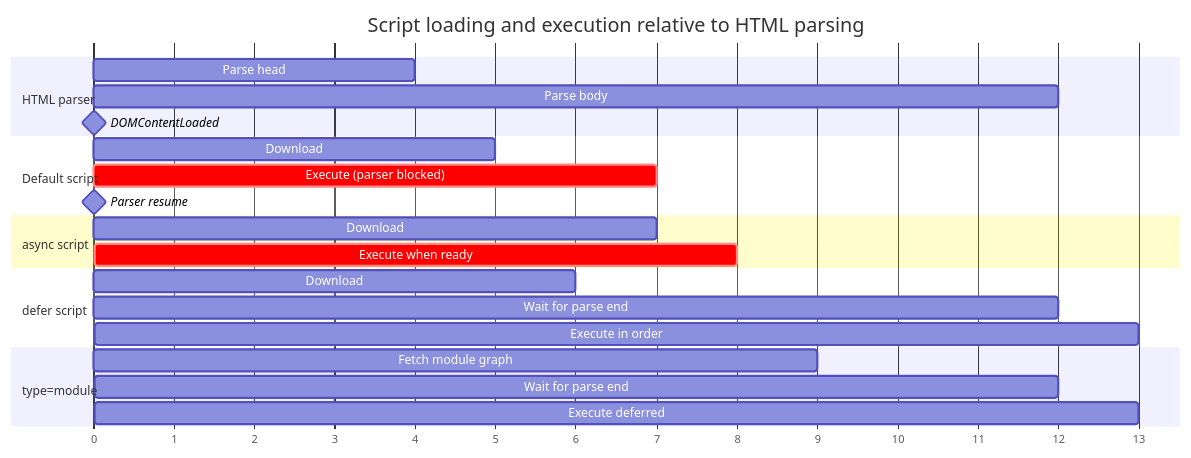
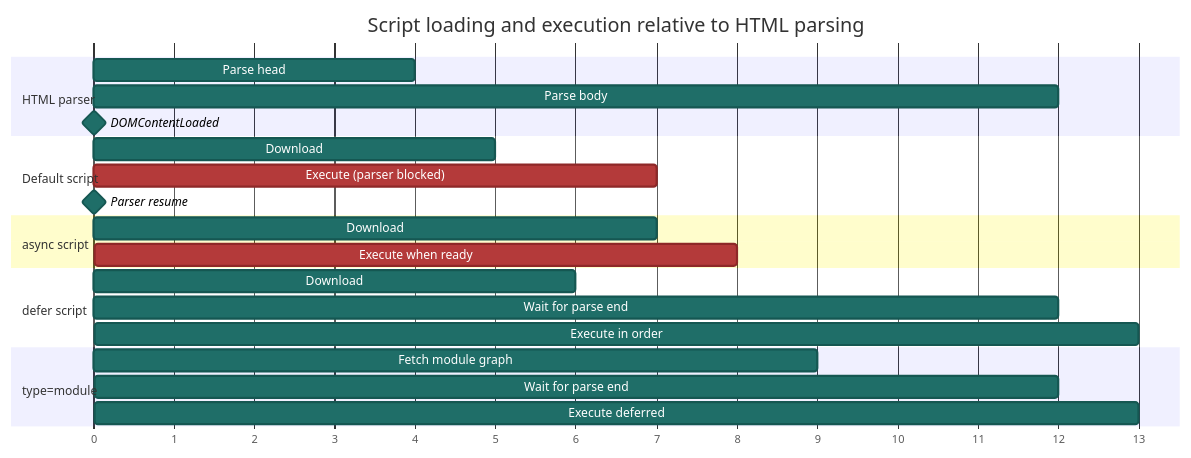
Before and after one commit to sujeet-pro/sujeet.pro: the diagram in content/articles/crp-dom-construction/diagrams/defer-async-module-timeline.mermaid, drawn with Mermaid. The commit also changed 2813 other files, not shown here.

First line of the commit message:
feat: adopt pagesmith 0.11 + diagramkit 0.4 — upstream feed/sitemap/validators, optimized re-render, contrast gate ON

```diff
--- a/content/articles/crp-dom-construction/diagrams/defer-async-module-timeline.mermaid
+++ b/content/articles/crp-dom-construction/diagrams/defer-async-module-timeline.mermaid
@@ -1,31 +1,31 @@
 %% Diagram: defer vs async vs module execution timing relative to HTML parsing
 %% Type: gantt
-%%{init: {'htmlLabels': false}}%%
+%%{init: {'htmlLabels': false, 'themeVariables': {'taskBkgColor': '#1F6E68', 'taskBorderColor': '#155752', 'taskTextColor': '#ffffff', 'critBkgColor': '#B43A3A', 'critBorderColor': '#8E2828'}}}%%
 gantt
     title Script loading and execution relative to HTML parsing
     dateFormat X
     axisFormat %s
 
     section HTML parser
     Parse head            :p1, 0, 4
     Parse body            :p2, 4, 12
     DOMContentLoaded      :milestone, m1, 14, 0
 
     section Default script
     Download              :s1, 1, 5
     Execute (parser blocked) :crit, s2, 5, 7
     Parser resume         :milestone, s3, 7, 0
 
     section async script
     Download              :a1, 1, 7
     Execute when ready    :crit, a2, 7, 8
 
     section defer script
     Download              :d1, 1, 6
     Wait for parse end    :d2, 6, 12
     Execute in order      :d3, 12, 13
 
     section type=module
     Fetch module graph    :m2, 1, 9
     Wait for parse end    :m3, 9, 12
     Execute deferred      :m4, 12, 13
```
